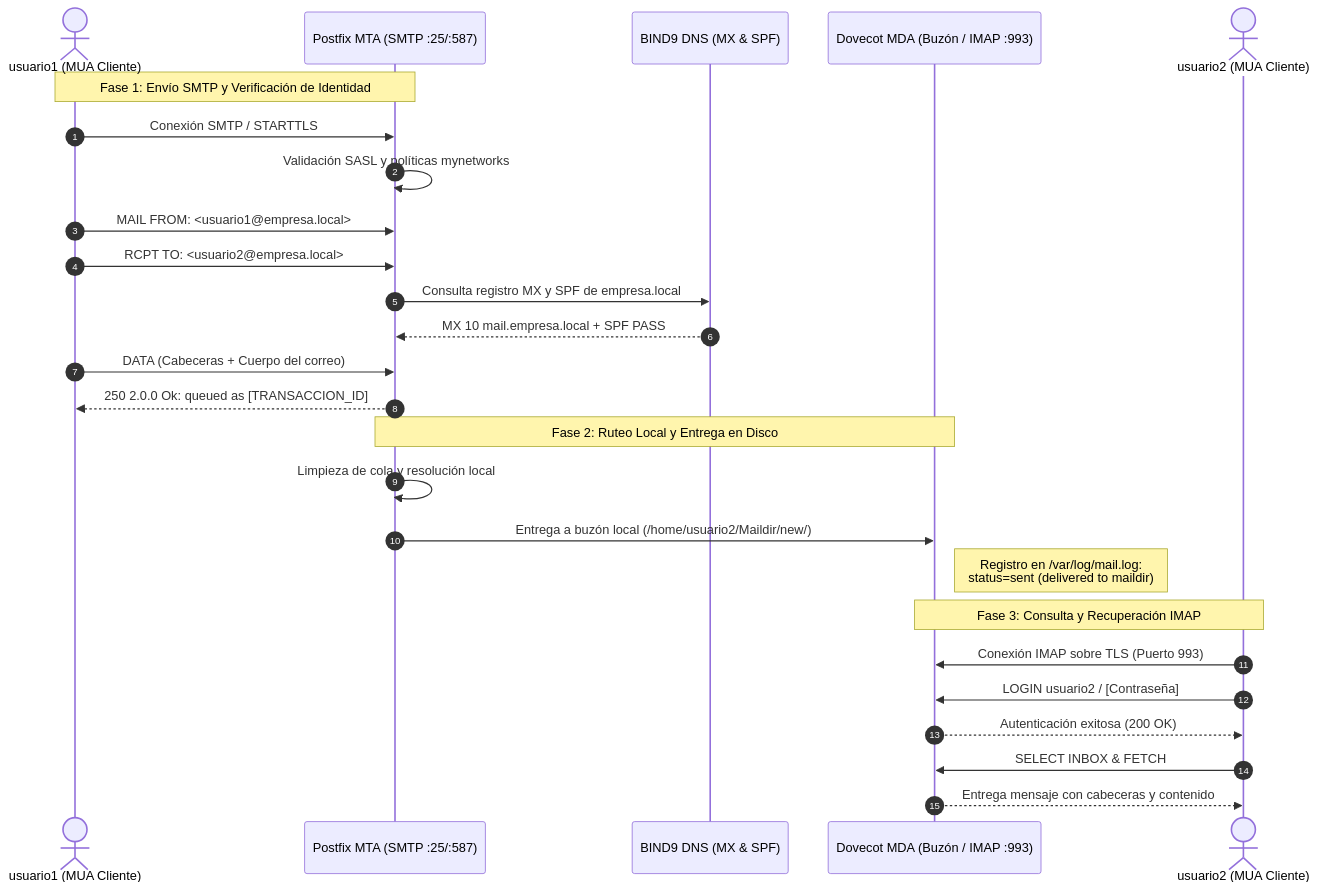
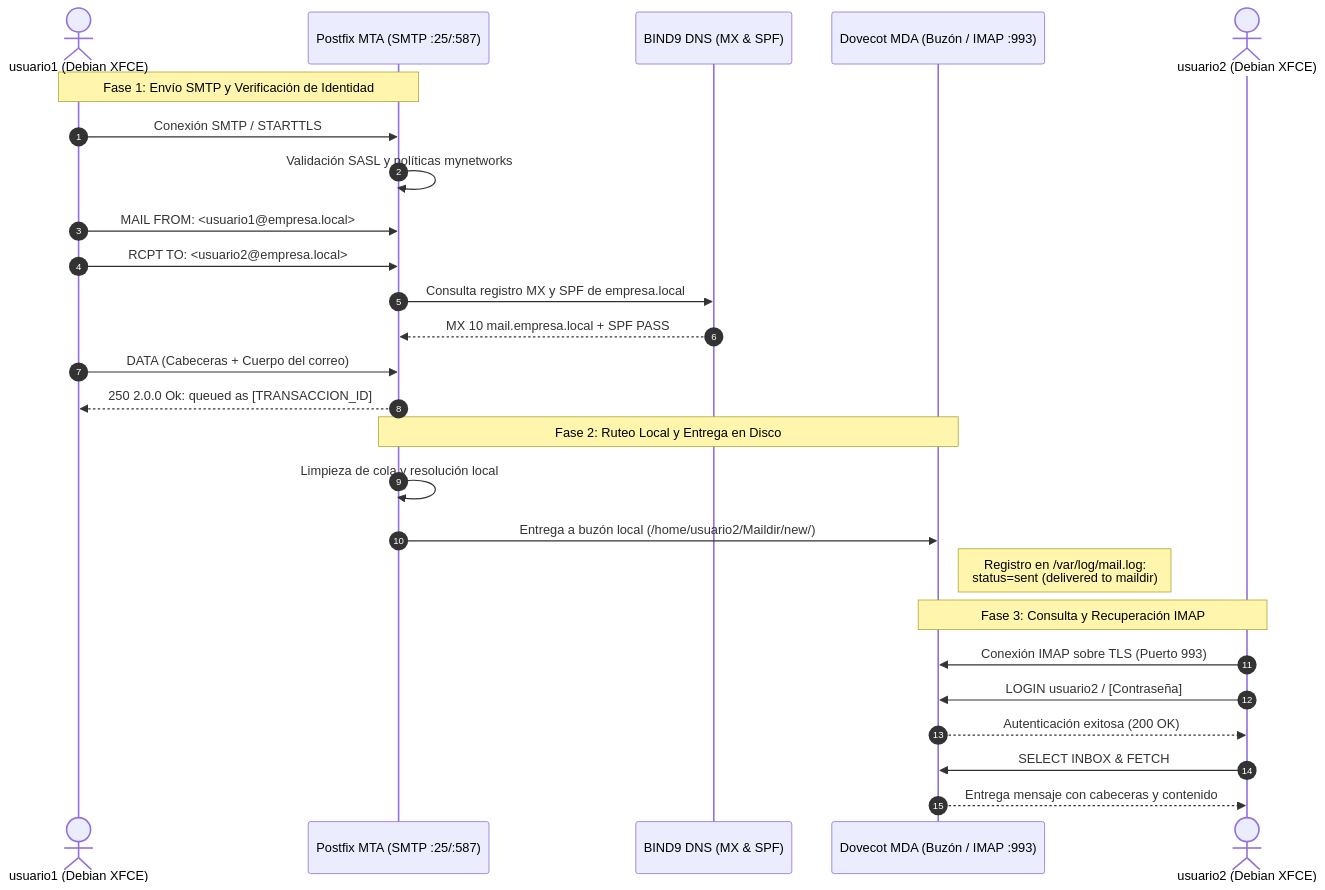
Before and after one commit to Gabriel89zz/Administracion-De-Servidores-U4: the diagram in Unidad_4/Tarea_4.3/REPORTE_TECNICO.md, drawn with Mermaid. The commit also changed other lines of this file and 10 other files, not shown here.

Commit message:
docs: Adaptar entorno para cliente Debian XFCE en VMware LAN Segment con comandos duales Linux/Windows

````diff
--- a/Unidad_4/Tarea_4.3/REPORTE_TECNICO.md
+++ b/Unidad_4/Tarea_4.3/REPORTE_TECNICO.md
@@ -27,31 +28,31 @@
 ```mermaid
 sequenceDiagram
     autonumber
-    actor Remitente as usuario1 (MUA Cliente)
+    actor Remitente as usuario1 (Debian XFCE)
     participant Postfix as Postfix MTA (SMTP :25/:587)
     participant DNS as BIND9 DNS (MX & SPF)
     participant Dovecot as Dovecot MDA (Buzón / IMAP :993)
-    actor Destinatario as usuario2 (MUA Cliente)
+    actor Destinatario as usuario2 (Debian XFCE)
 
     Note over Remitente,Postfix: Fase 1: Envío SMTP y Verificación de Identidad
     Remitente->>Postfix: Conexión SMTP / STARTTLS
     Postfix->>Postfix: Validación SASL y políticas mynetworks
     Remitente->>Postfix: MAIL FROM: <usuario1@empresa.local>
     Remitente->>Postfix: RCPT TO: <usuario2@empresa.local>
     Postfix->>DNS: Consulta registro MX y SPF de empresa.local
     DNS-->>Postfix: MX 10 mail.empresa.local + SPF PASS
     Remitente->>Postfix: DATA (Cabeceras + Cuerpo del correo)
     Postfix-->>Remitente: 250 2.0.0 Ok: queued as [TRANSACCION_ID]
 
     Note over Postfix,Dovecot: Fase 2: Ruteo Local y Entrega en Disco
     Postfix->>Postfix: Limpieza de cola y resolución local
     Postfix->>Dovecot: Entrega a buzón local (/home/usuario2/Maildir/new/)
     Note right of Dovecot: Registro en /var/log/mail.log:<br/>status=sent (delivered to maildir)
 
     Note over Destinatario,Dovecot: Fase 3: Consulta y Recuperación IMAP
     Destinatario->>Dovecot: Conexión IMAP sobre TLS (Puerto 993)
     Destinatario->>Dovecot: LOGIN usuario2 / [Contraseña]
     Dovecot-->>Destinatario: Autenticación exitosa (200 OK)
     Destinatario->>Dovecot: SELECT INBOX & FETCH
     Dovecot-->>Destinatario: Entrega mensaje con cabeceras y contenido
 ```
````
